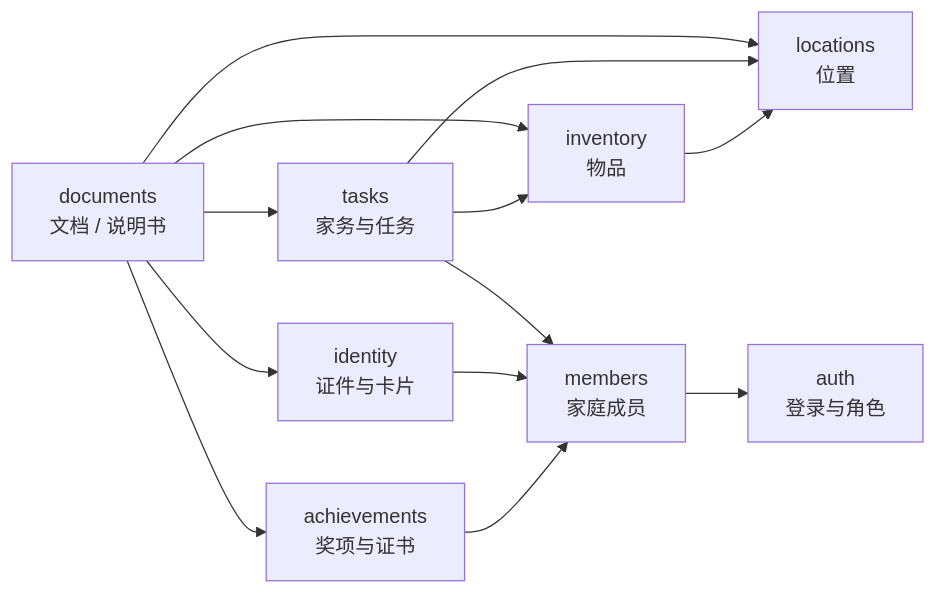
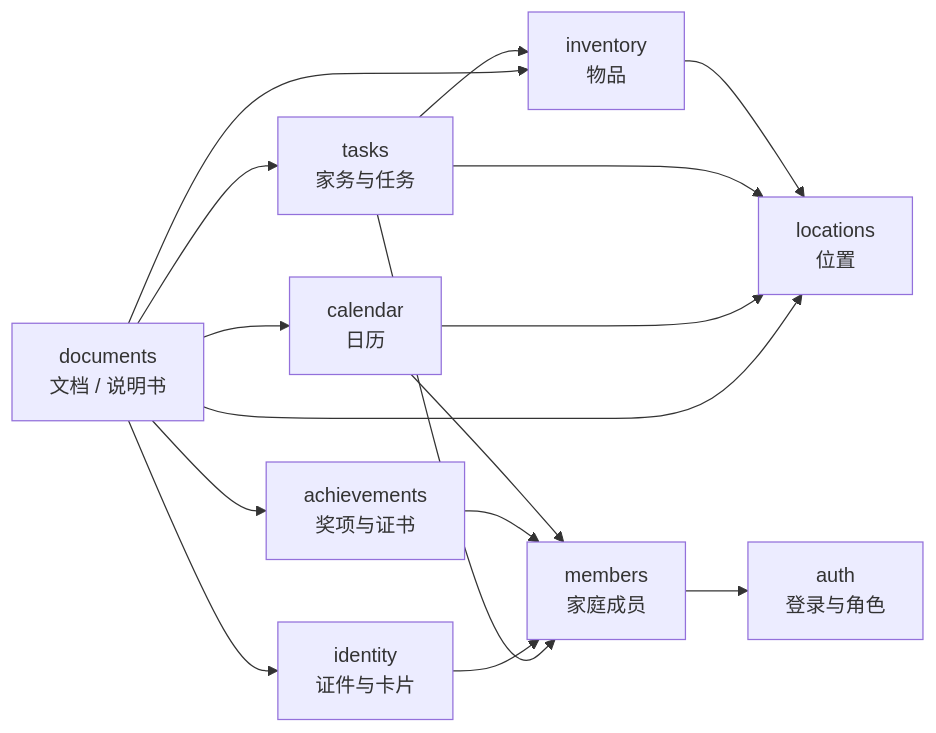
One commit to Geno1024-AIGC/home-erp-modern changed the diagram in docs/08-domain.md. Above: the diagram before and after it, drawn with Mermaid. The commit also changed other lines of this file and 7 other files, not shown here.

````diff
--- a/docs/08-domain.md
+++ b/docs/08-domain.md
@@ -27,17 +28,21 @@
 ```mermaid
 flowchart LR
     Members["members<br/>家庭成员"] --> Auth["auth<br/>登录与角色"]
     Inventory["inventory<br/>物品"] --> Locations["locations<br/>位置"]
     Tasks["tasks<br/>家务与任务"] --> Locations
     Tasks --> Inventory
+    Calendar["calendar<br/>日历"]
+    Calendar --> Members
+    Calendar --> Locations
     Documents["documents<br/>文档 / 说明书"] --> Inventory
+    Documents --> Calendar
     Documents --> Locations
     Documents --> Tasks
     Achievements["achievements<br/>奖项与证书"]
     Documents --> Achievements
     Achievements --> Members
     Identity["identity<br/>证件与卡片"]
     Documents --> Identity
     Identity --> Members
     Tasks --> Members
 ```
````
